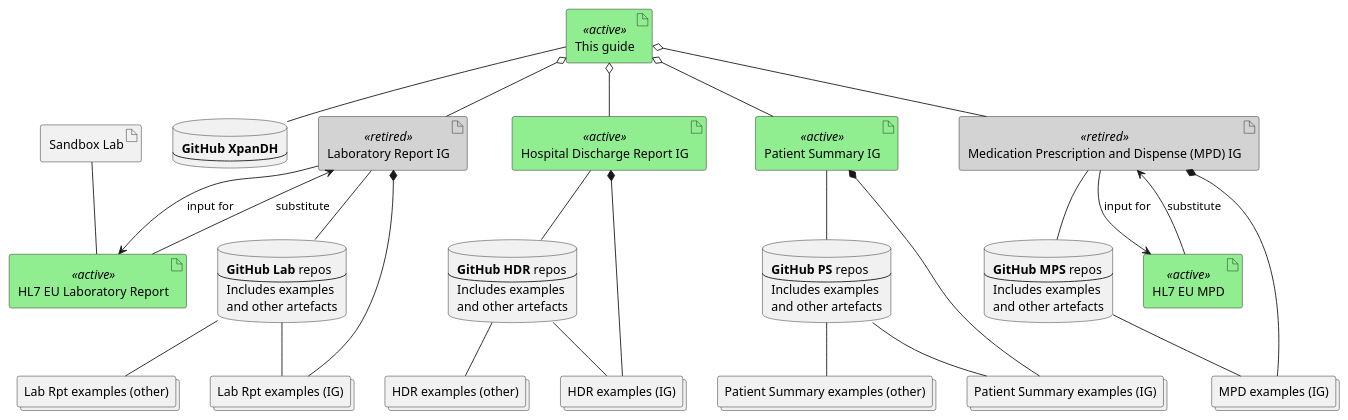
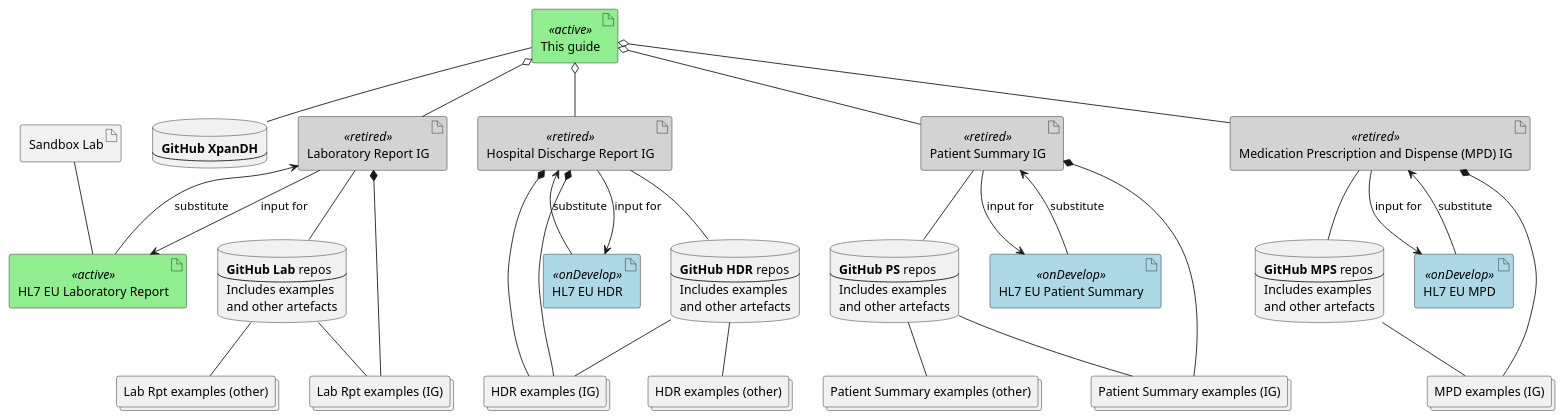
The diagram in input/images-source/ig-structure.plantuml (carmoao/XpanDH), drawn with PlantUML before and after one commit.

Commit message:
updated diagram

```diff
--- a/input/images-source/ig-structure.plantuml
+++ b/input/images-source/ig-structure.plantuml
@@ -1,123 +1,132 @@
 @startuml
 skinparam artifact {
     BackgroundColor<<active>> LightGreen
     BackgroundColor<<retired>> LightGray
+    BackgroundColor<<onDevelop>> LightBlue
 }
 
 database GitHubLab [
 <b>GitHub Lab</b> repos
 ----
 Includes examples
 and other artefacts
 ]
 
 database GitHubHDR [
 <b>GitHub HDR</b> repos
 ----
 Includes examples
 and other artefacts
 ]
 
 database GitHubPs [
 <b>GitHub PS</b> repos
 ----
 Includes examples
 and other artefacts
 ]
 
 database GitHubMpd [
 <b>GitHub MPS</b> repos
 ----
 Includes examples
 and other artefacts
 ]
 
 database GitHubXph [
 <b>GitHub XpanDH</b>
 ----
 ]
 
 collections PatientSummaryIg [
 Patient Summary examples (IG)
 ]
 
 collections PatientSummary [
 Patient Summary examples (other)
 ]
 
 collections LabReportIg [
 Lab Rpt examples (IG)
 ]
 
 collections LabReport [
 Lab Rpt examples (other)
 ]
 
 collections HDRIg [
 HDR examples (IG)
 ]
 
 collections MPDIg [
 MPD examples (IG)
 ]
 
 collections HDR [
 HDR examples (other)
 ]
 
 artifact "This guide" <<active>>
 artifact "Laboratory Report IG" <<retired>>
-artifact "Hospital Discharge Report IG" <<active>>
-artifact "Patient Summary IG" <<active>>
+artifact "Hospital Discharge Report IG" <<retired>>
+artifact "Patient Summary IG" <<retired>>
 artifact "Medication Prescription and Dispense (MPD) IG" as mpd <<retired>>
 artifact "HL7 EU Laboratory Report" as hl7LabReport <<active>>
-artifact "HL7 EU MPD" as hl7Mpd <<active>>
+artifact "HL7 EU MPD" as hl7Mpd <<onDevelop>>
+artifact "HL7 EU HDR" as hl7Hdr <<onDevelop>>
+artifact "HL7 EU Patient Summary" as hl7Eps <<onDevelop>>
 
 "This guide" -- GitHubXph 
 "This guide" o-- "Laboratory Report IG"
 "This guide" o-- "Hospital Discharge Report IG"
 "This guide" o-- "Patient Summary IG"
 "This guide" o-- mpd
 
 "Patient Summary IG" -- GitHubPs 
-"Patient Summary IG" *-- PatientSummaryIg 
+"Patient Summary IG" *-- PatientSummaryIg
 GitHubPs -- PatientSummary 
 GitHubPs -- PatientSummaryIg
+hl7Eps --> "Patient Summary IG" : substitute
+"Patient Summary IG" --> hl7Eps : input for
 
 "Laboratory Report IG" -- GitHubLab 
 "Laboratory Report IG" *-- LabReportIg 
 GitHubLab -- LabReport 
 GitHubLab -- LabReportIg
+hl7LabReport --> "Laboratory Report IG" : substitute
+"Laboratory Report IG" --> hl7LabReport : input for
 
 "Hospital Discharge Report IG" -- GitHubHDR
 "Hospital Discharge Report IG" *-- HDRIg
+"Hospital Discharge Report IG" *-- HDRIg
 GitHubHDR -- HDR
 GitHubHDR -- HDRIg
+hl7Hdr --> "Hospital Discharge Report IG" : substitute
+"Hospital Discharge Report IG" --> hl7Hdr : input for
 
 mpd -- GitHubMpd
 mpd *-- MPDIg 
 GitHubMpd -- MPDIg
+hl7Mpd --> mpd : substitute
+mpd --> hl7Mpd : input for
 
-hl7LabReport --> "Laboratory Report IG" : substitute
-hl7Mpd --> mpd : substitute
-
-"Laboratory Report IG" --> hl7LabReport : input for
-mpd --> hl7Mpd : input for
 
 artifact "Sandbox Lab" as sandboxLab
 sandboxLab -- hl7LabReport
 url of sandboxLab is [[https://sandbox.hl7europe.eu/]]
 
 url of hl7LabReport is [[https://hl7.eu/fhir/laboratory/]]
 url of hl7Mpd is [[https://build.fhir.org/ig/hl7-eu/mpd/]]
+url of hl7Hdr is [[https://build.fhir.org/ig/hl7-eu/hdr/]]
+url of hl7Eps is [[https://build.fhir.org/ig/hl7-eu/eps/]]
 url of "Patient Summary IG" is [[https://build.fhir.org/ig/hl7-eu/xpandh-ps]]
 url of "Laboratory Report IG" is [[https://build.fhir.org/ig/hl7-eu/xpandh-lab]]
 url of "Hospital Discharge Report IG" is [[https://build.fhir.org/ig/hl7-eu/xpandh-hdr]]
 url of mpd is [[https://build.fhir.org/ig/hl7-eu/xpandh-mpd]]
 
 url of GitHubHDR is [[https://github.com/hl7-eu/xpandh-hdr]]
 url of GitHubLab is [[https://github.com/hl7-eu/xpandh-lab]]
 url of GitHubPs is [[https://github.com/hl7-eu/xpandh-ps]]
 url of GitHubMpd is [[https://github.com/hl7-eu/xpandh-mpd]]
 url of GitHubXph is [[https://github.com/hl7-eu/xpandh]]
 @enduml
```
